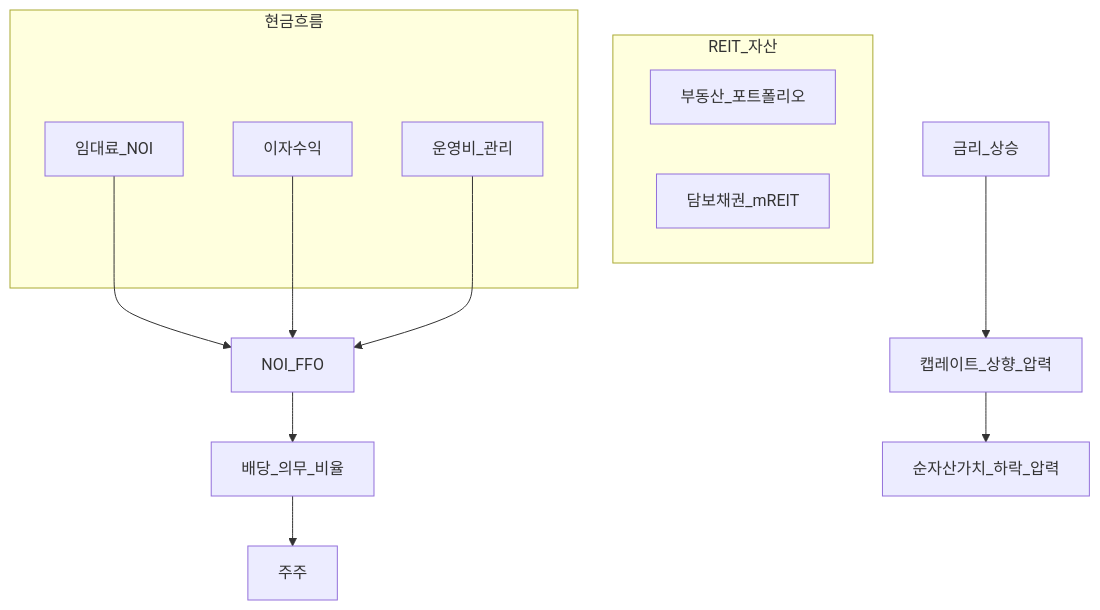
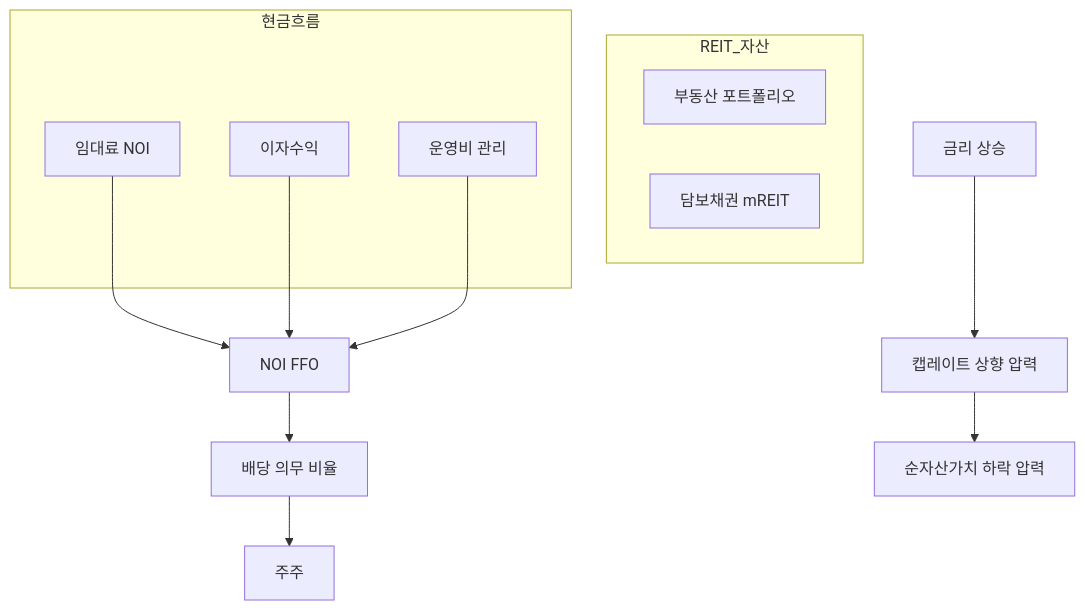
Before and after one commit to goldanghenry/Finances: the first of 6 diagrams in 03-markets/alternatives-reits-commodities.md, drawn with Mermaid. The commit also changed other lines of this file and 211 other files, not shown here.

````diff
--- a/03-markets/alternatives-reits-commodities.md
+++ b/03-markets/alternatives-reits-commodities.md
@@ -111,19 +118,19 @@
 ```mermaid
 flowchart TB
   subgraph assets [REIT_자산]
-    Prop[부동산_포트폴리오]
-    Debt[담보채권_mREIT]
+    Prop["부동산 포트폴리오"]
+    Debt["담보채권 mREIT"]
   end
   subgraph flows [현금흐름]
-    Rent[임대료_NOI]
+    Rent["임대료 NOI"]
     Int[이자수익]
-    Opex[운영비_관리]
+    Opex["운영비 관리"]
   end
-  Rent --> NOI[NOI_FFO]
+  Rent --> NOI["NOI FFO"]
   Int --> NOI
   Opex --> NOI
-  NOI --> Div[배당_의무_비율]
+  NOI --> Div["배당 의무 비율"]
   Div --> Holder[주주]
-  Rate[금리_상승] --> Cap[캡레이트_상향_압력]
-  Cap --> NAV[순자산가치_하락_압력]
+  Rate["금리 상승"] --> Cap["캡레이트 상향 압력"]
+  Cap --> NAV["순자산가치 하락 압력"]
 ```
````
